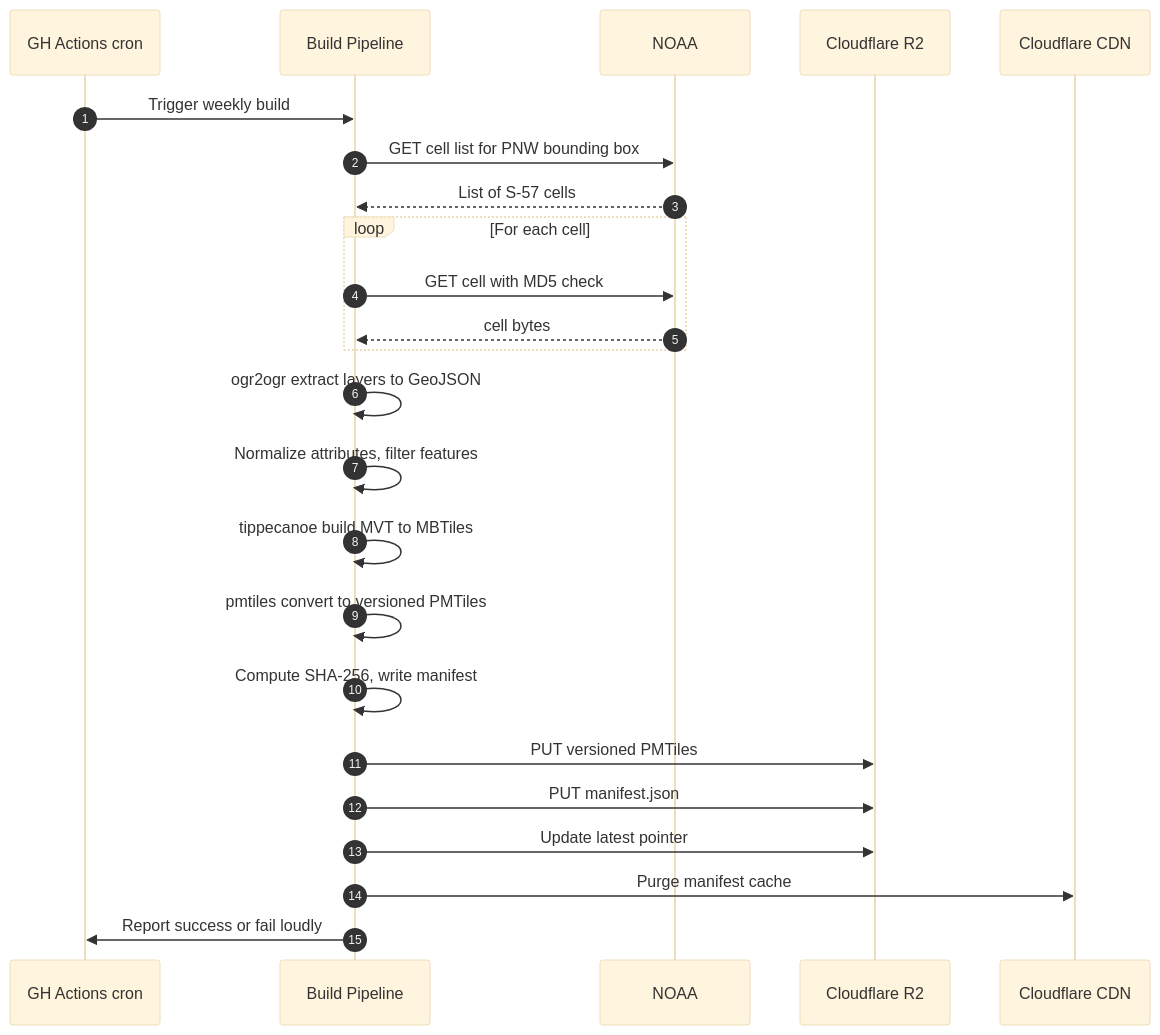
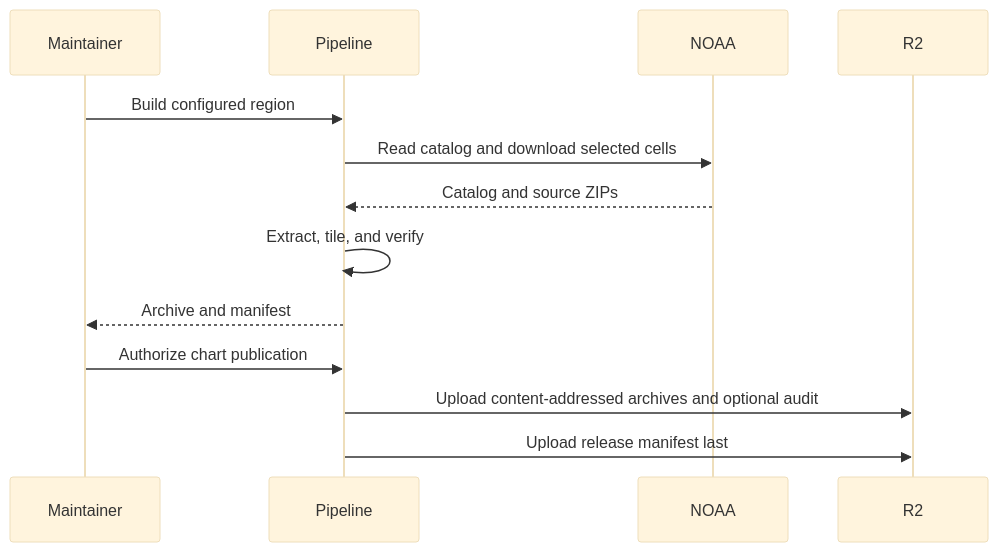
Before and after one commit to ivanoats/chartiles: the first of 3 diagrams in docs/architecture/data-flows.md, drawn with Mermaid (base theme). The commit also changed other lines of this file and 20 other files, not shown here.

First line of the commit message:
docs: refresh architecture and record the Astro decision

````diff
--- a/docs/architecture/data-flows.md
+++ b/docs/architecture/data-flows.md
@@ -7,27 +5,15 @@
 ```mermaid
 sequenceDiagram
-    autonumber
-    participant Cron as GH Actions cron
-    participant Pipeline as Build Pipeline
+    participant Maintainer
+    participant Pipeline
     participant NOAA
-    participant R2 as Cloudflare R2
-    participant CDN as Cloudflare CDN
-
-    Cron->>Pipeline: Trigger weekly build
-    Pipeline->>NOAA: GET cell list for PNW bounding box
-    NOAA-->>Pipeline: List of S-57 cells
-    loop For each cell
-        Pipeline->>NOAA: GET cell with MD5 check
-        NOAA-->>Pipeline: cell bytes
-    end
-    Pipeline->>Pipeline: ogr2ogr extract layers to GeoJSON
-    Pipeline->>Pipeline: Normalize attributes, filter features
-    Pipeline->>Pipeline: tippecanoe build MVT to MBTiles
-    Pipeline->>Pipeline: pmtiles convert to versioned PMTiles
-    Pipeline->>Pipeline: Compute SHA-256, write manifest
-    Pipeline->>R2: PUT versioned PMTiles
-    Pipeline->>R2: PUT manifest.json
-    Pipeline->>R2: Update latest pointer
-    Pipeline->>CDN: Purge manifest cache
-    Pipeline->>Cron: Report success or fail loudly
+    participant R2
+    Maintainer->>Pipeline: Build configured region
+    Pipeline->>NOAA: Read catalog and download selected cells
+    NOAA-->>Pipeline: Catalog and source ZIPs
+    Pipeline->>Pipeline: Extract, tile, and verify
+    Pipeline-->>Maintainer: Archive and manifest
+    Maintainer->>Pipeline: Authorize chart publication
+    Pipeline->>R2: Upload content-addressed archives and optional audit
+    Pipeline->>R2: Upload release manifest last
 ```
````
